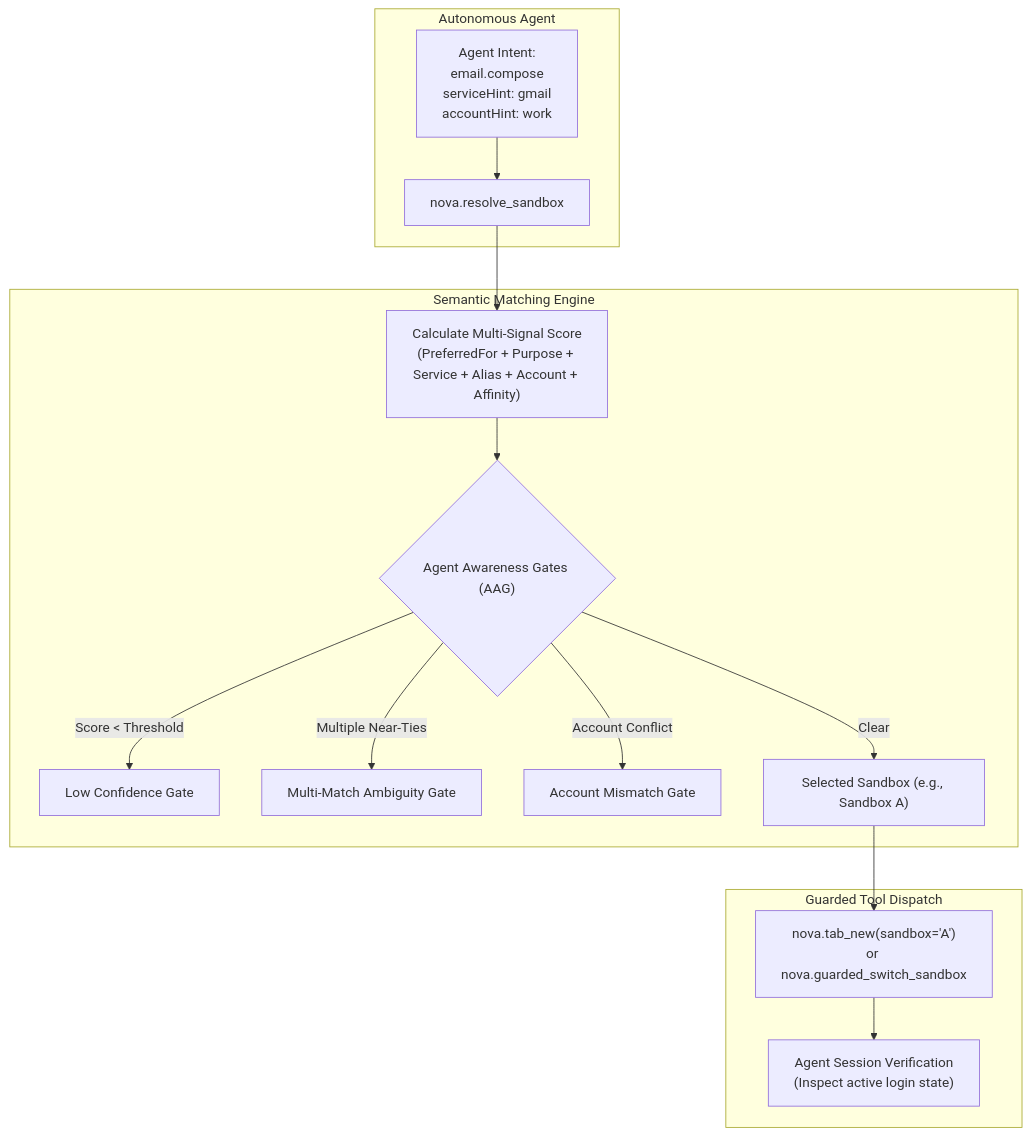
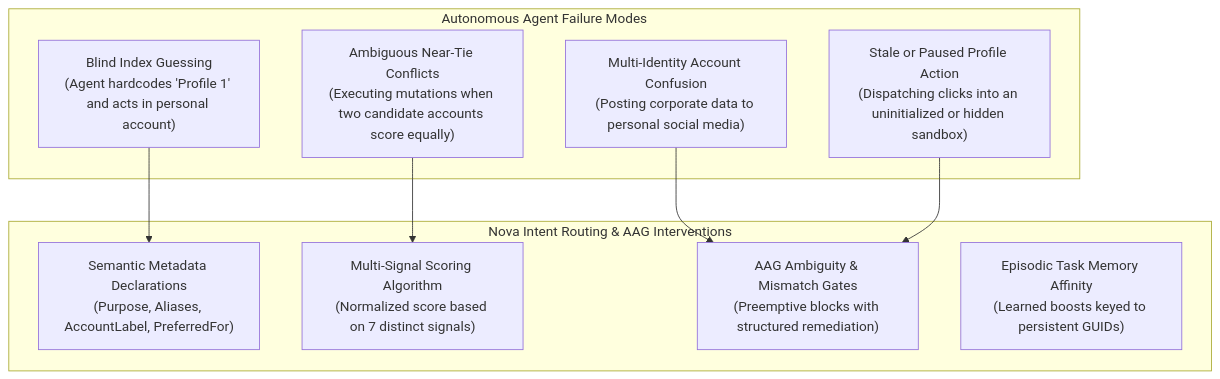
One commit to joelaniol/nova changed the first of 4 diagrams in docs/core-features/sandbox-isolation/intent-routing-and-agent-interaction.md. Above: the diagram before and after it, drawn with Mermaid. The commit also changed other lines of this file and 3 other files, not shown here.

Commit message:
docs(sandbox-isolation): expand architectural reference with anchors, routing, and GUI controls

````diff
--- a/docs/core-features/sandbox-isolation/intent-routing-and-agent-interaction.md
+++ b/docs/core-features/sandbox-isolation/intent-routing-and-agent-interaction.md
@@ -5,20 +16,21 @@
 ```mermaid
 flowchart TD
-    subgraph Agent["Autonomous Agent"]
-        Intent["Agent Intent:\nemail.compose\nserviceHint: gmail\naccountHint: work"] --> Resolve["nova.resolve_sandbox"]
+    subgraph Failures["Autonomous Agent Failure Modes"]
+        F1["Blind Index Guessing\n(Agent hardcodes 'Profile 1' and acts in personal account)"]
+        F2["Multi-Identity Account Confusion\n(Posting corporate data to personal social media)"]
+        F3["Stale or Paused Profile Action\n(Dispatching clicks into an uninitialized or hidden sandbox)"]
+        F4["Ambiguous Near-Tie Conflicts\n(Executing mutations when two candidate accounts score equally)"]
     end
 
-    subgraph Engine["Semantic Matching Engine"]
-        Resolve --> Score["Calculate Multi-Signal Score\n(PreferredFor + Purpose + Service + Alias + Account + Affinity)"]
-        Score --> AAG{"Agent Awareness Gates (AAG)"}
-        AAG -- "Score < Threshold" --> G1["Low Confidence Gate"]
-        AAG -- "Multiple Near-Ties" --> G2["Multi-Match Ambiguity Gate"]
-        AAG -- "Account Conflict" --> G3["Account Mismatch Gate"]
-        AAG -- "Clear" --> Winner["Selected Sandbox (e.g., Sandbox A)"]
+    subgraph Solutions["Nova Intent Routing & AAG Interventions"]
+        S1["Semantic Metadata Declarations\n(Purpose, Aliases, AccountLabel, PreferredFor)"]
+        S2["Multi-Signal Scoring Algorithm\n(Normalized score based on 7 distinct signals)"]
+        S3["AAG Ambiguity & Mismatch Gates\n(Preemptive blocks with structured remediation)"]
+        S4["Episodic Task Memory Affinity\n(Learned boosts keyed to persistent GUIDs)"]
     end
 
-    subgraph Action["Guarded Tool Dispatch"]
-        Winner --> TabAction["nova.tab_new(sandbox='A')\nor nova.guarded_switch_sandbox"]
-        TabAction --> Verify["Agent Session Verification\n(Inspect active login state)"]
-    end
+    F1 --> S1
+    F2 --> S3
+    F3 --> S3
+    F4 --> S2
 ```
````
